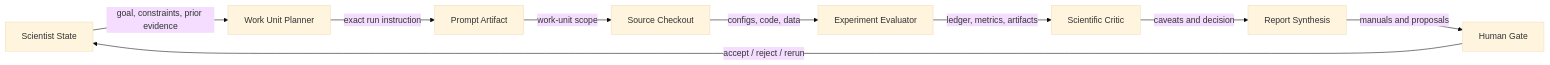
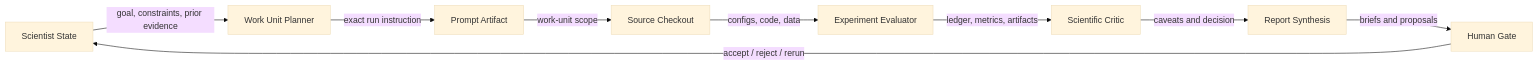
Before and after one commit to sungsoo-ahn/ai-lab: the diagram in docs/scientists/btc-autoresearch-v1/index.md, drawn with Mermaid (base theme). The commit also changed other lines of this file and 40 other files, not shown here.

````diff
--- a/docs/scientists/btc-autoresearch-v1/index.md
+++ b/docs/scientists/btc-autoresearch-v1/index.md
@@ -43,11 +43,11 @@
 ```mermaid
 flowchart LR
   S[Scientist State] -->|goal, constraints, prior evidence| P[Work Unit Planner]
   P -->|exact run instruction| PR[Prompt Artifact]
   PR -->|work-unit scope| C[Source Checkout]
   C -->|configs, code, data| E[Experiment Evaluator]
   E -->|ledger, metrics, artifacts| A[Scientific Critic]
   A -->|caveats and decision| R[Report Synthesis]
-  R -->|manuals and proposals| H[Human Gate]
+  R -->|briefs and proposals| H[Human Gate]
   H -->|accept / reject / rerun| S
 ```
````
